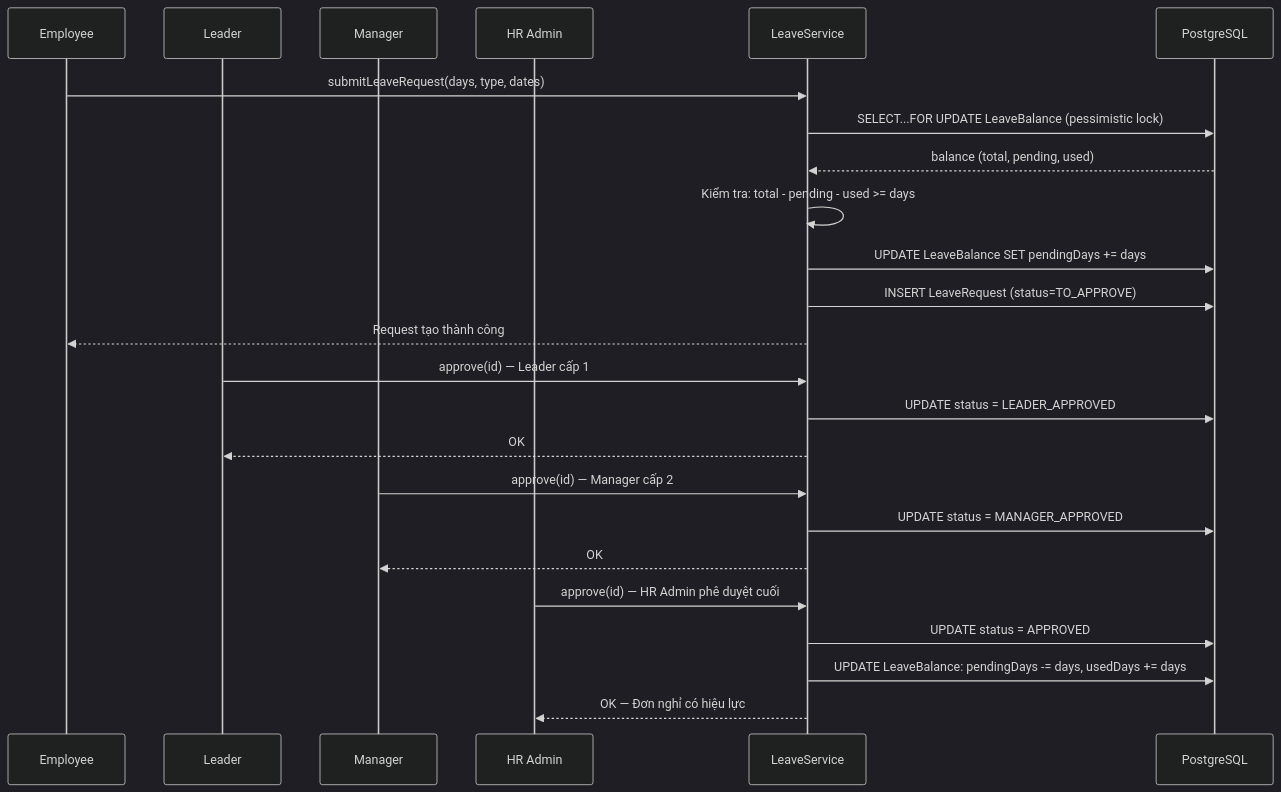
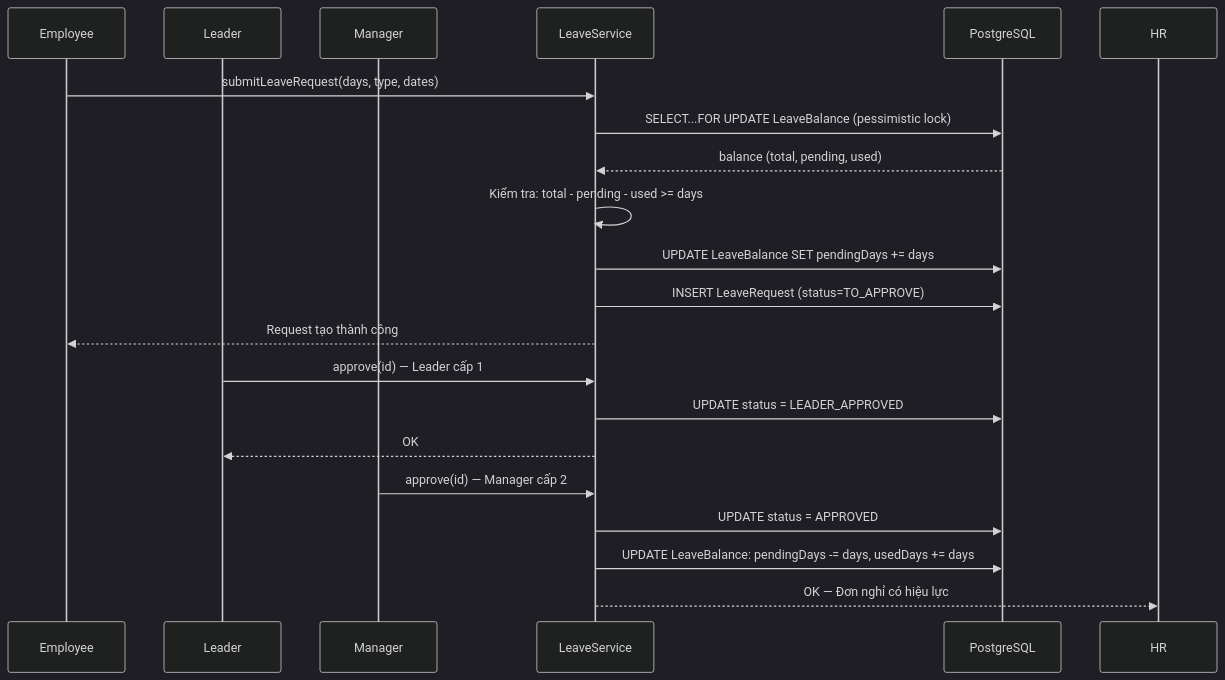
Before and after one commit to NBachTH/HRMS: diagram 18 of 19 in docs/DATN_20204812_NguyenThanhBach/DATN_20204812_NguyenThanhBach.md, drawn with Mermaid (dark theme). The commit also changed other lines of this file and 123 other files, not shown here.

````diff
--- a/docs/DATN_20204812_NguyenThanhBach/DATN_20204812_NguyenThanhBach.md
+++ b/docs/DATN_20204812_NguyenThanhBach/DATN_20204812_NguyenThanhBach.md
@@ -2108,30 +1690,25 @@
 ```mermaid
 sequenceDiagram
     participant EMP as Employee
     participant LD as Leader
     participant MG as Manager
-    participant HR as HR Admin
     participant LS as LeaveService
     participant DB as PostgreSQL
 
     EMP->>LS: submitLeaveRequest(days, type, dates)
     LS->>DB: SELECT...FOR UPDATE LeaveBalance (pessimistic lock)
     DB-->>LS: balance (total, pending, used)
     LS->>LS: Kiểm tra: total - pending - used >= days
     LS->>DB: UPDATE LeaveBalance SET pendingDays += days
     LS->>DB: INSERT LeaveRequest (status=TO_APPROVE)
     LS-->>EMP: Request tạo thành công
 
     LD->>LS: approve(id) — Leader cấp 1
     LS->>DB: UPDATE status = LEADER_APPROVED
     LS-->>LD: OK
 
     MG->>LS: approve(id) — Manager cấp 2
-    LS->>DB: UPDATE status = MANAGER_APPROVED
-    LS-->>MG: OK
-
-    HR->>LS: approve(id) — HR Admin phê duyệt cuối
     LS->>DB: UPDATE status = APPROVED
     LS->>DB: UPDATE LeaveBalance: pendingDays -= days, usedDays += days
     LS-->>HR: OK — Đơn nghỉ có hiệu lực
 ```
````
